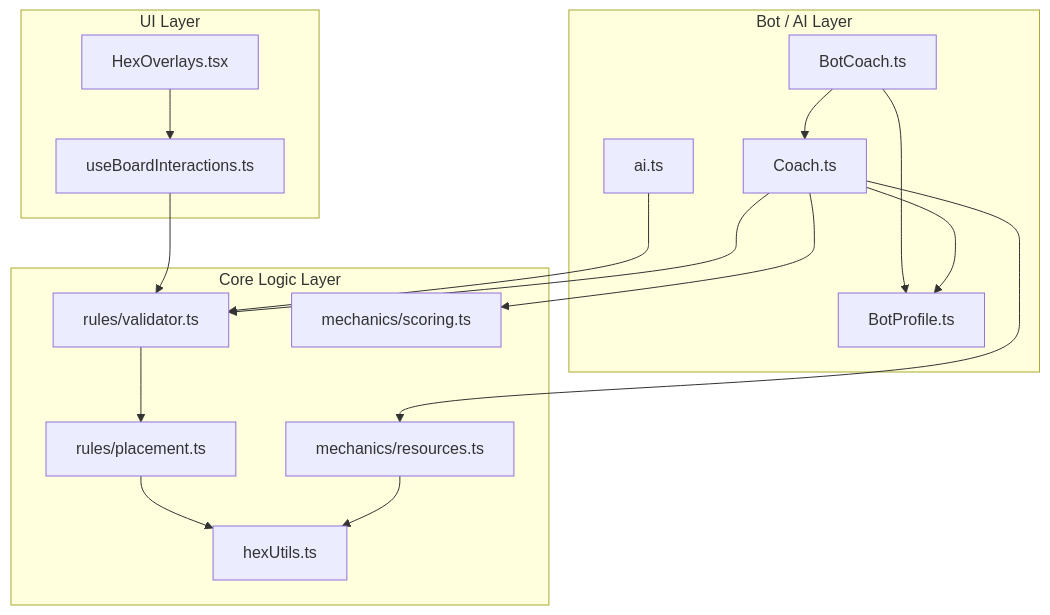
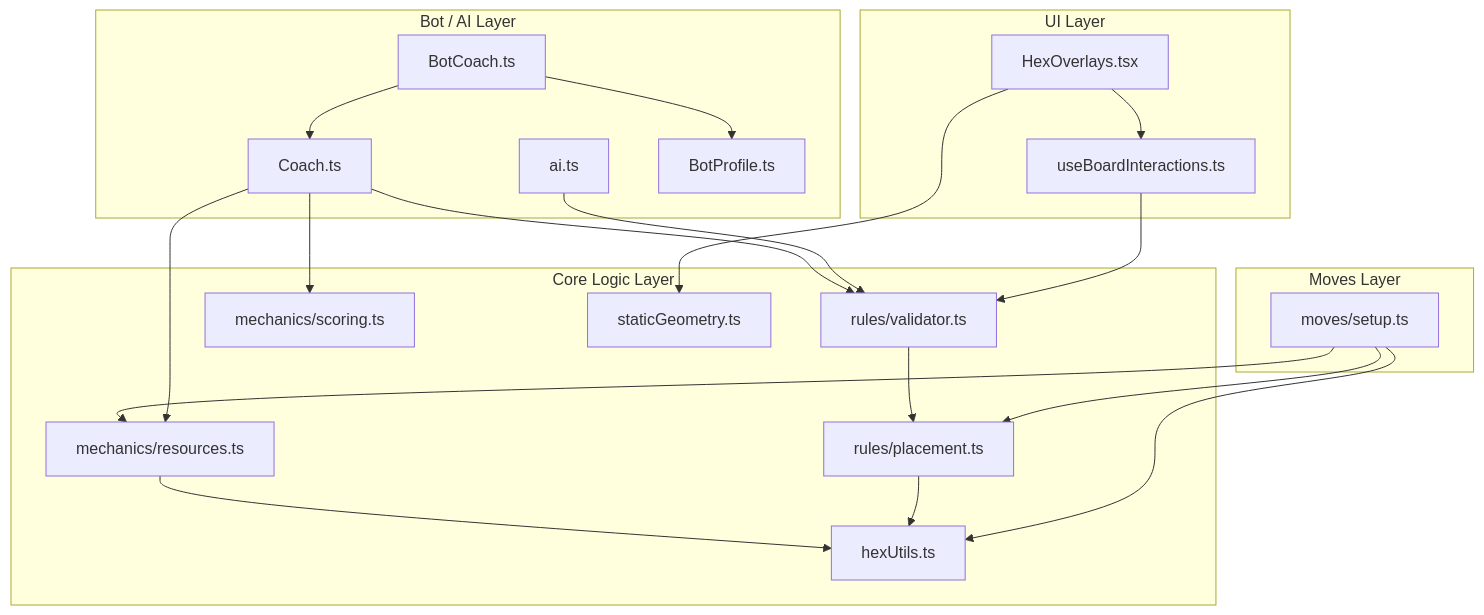
Before and after one commit to g1ddy/catan-hex-mastery: the diagram in docs/DEVELOPMENT.md, drawn with Mermaid. The commit also changed 7 other files, not shown here.

First line of the commit message:
docs: fix architecture diagram inaccuracies

````diff
--- a/docs/DEVELOPMENT.md
+++ b/docs/DEVELOPMENT.md
@@ -83,45 +83,56 @@
 ```mermaid
 graph TD
     subgraph UI_Layer [UI Layer]
         HO[HexOverlays.tsx]
         UBI[useBoardInteractions.ts]
     end
 
     subgraph Bot_Layer [Bot / AI Layer]
         BC[BotCoach.ts]
         C[Coach.ts]
         AI[ai.ts]
         BP[BotProfile.ts]
     end
 
+    subgraph Moves_Layer [Moves Layer]
+        Setup[moves/setup.ts]
+    end
+
     subgraph Logic_Layer [Core Logic Layer]
         V[rules/validator.ts]
         P[rules/placement.ts]
         S[mechanics/scoring.ts]
         R[mechanics/resources.ts]
         HU[hexUtils.ts]
+        SG[staticGeometry.ts]
     end
 
     %% UI Dependencies
     HO --> UBI
+    HO --> SG
     UBI --> V
 
     %% Bot Dependencies
     BC --> C
     BC --> BP
     %% BC receives moves from AI but does not import it directly in logic flow,
     %% but conceptually acts on AI output.
 
     AI --> V
 
     %% Coach Dependencies
     C --> V
     C --> S
     C --> R
-    C --> BP
+    %% Removed C --> BP based on code verification
+
+    %% Moves Dependencies
+    Setup --> P
+    Setup --> HU
+    Setup --> R
 
     %% Core Logic Dependencies
     V --> P
     P --> HU
     R --> HU
 ```
````
